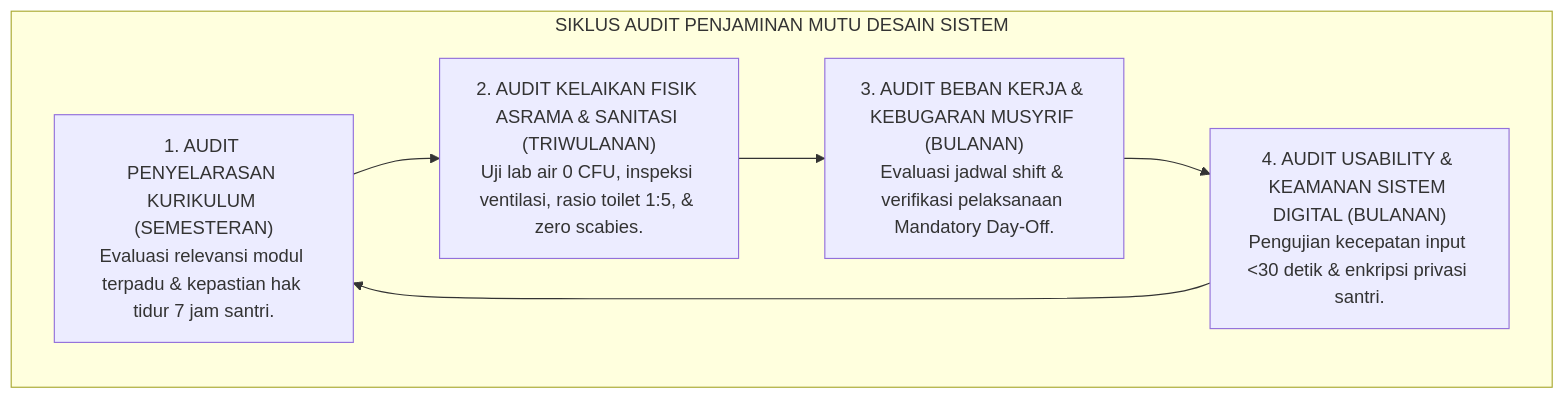
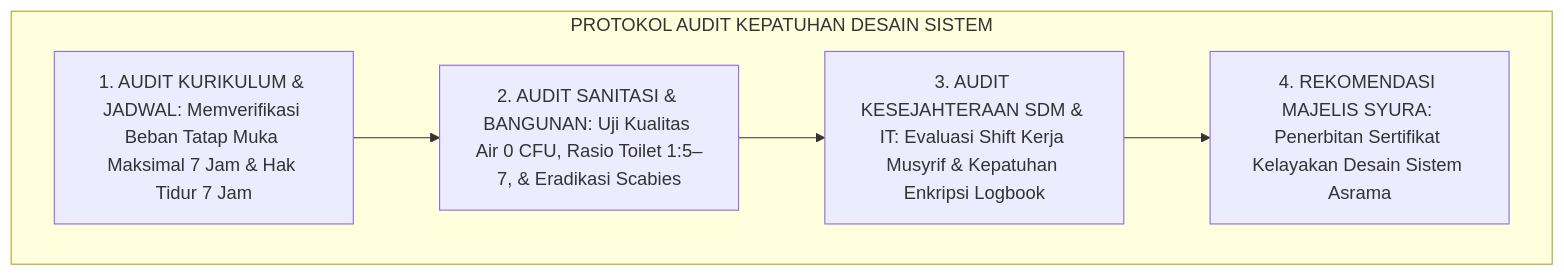
One commit to wandiapriliyandi/tumbuh changed the third of 3 diagrams in 02 Principles/02 Design Principles/P2-02-07-Sintesis-Design-Principles-TUMBUH.md. Above: the diagram before and after it, drawn with Mermaid. The commit also changed other lines of this file and 7 other files, not shown here.

````diff
--- a/02 Principles/02 Design Principles/P2-02-07-Sintesis-Design-Principles-TUMBUH.md
+++ b/02 Principles/02 Design Principles/P2-02-07-Sintesis-Design-Principles-TUMBUH.md
@@ -177,14 +163,9 @@
 ```mermaid
 flowchart TD
-    subgraph SiklusPenjaminanMutuDesain["SIKLUS AUDIT PENJAMINAN MUTU DESAIN SISTEM"]
-        AuditKurikulum["1. AUDIT PENYELARASAN KURIKULUM (SEMESTERAN)<br/>Evaluasi relevansi modul terpadu & kepastian hak tidur 7 jam santri."]
-        
-        AuditFisik["2. AUDIT KELAIKAN FISIK ASRAMA & SANITASI (TRIWULANAN)<br/>Uji lab air 0 CFU, inspeksi ventilasi, rasio toilet 1:5, & zero scabies."]
-        
-        AuditSDM["3. AUDIT BEBAN KERJA & KEBUGARAN MUSYRIF (BULANAN)<br/>Evaluasi jadwal shift & verifikasi pelaksanaan Mandatory Day-Off."]
-        
-        AuditIT["4. AUDIT USABILITY & KEAMANAN SISTEM DIGITAL (BULANAN)<br/>Pengujian kecepatan input <30 detik & enkripsi privasi santri."]
-        
-        AuditKurikulum --> AuditFisik --> AuditSDM --> AuditIT --> AuditKurikulum
+    subgraph ProtokolAuditDesainSistem["PROTOKOL AUDIT KEPATUHAN DESAIN SISTEM"]
+        AuditKurikulum["1. AUDIT KURIKULUM & JADWAL: Memverifikasi Beban Tatap Muka Maksimal 7 Jam & Hak Tidur 7 Jam"]
+        --> AuditFasilitas["2. AUDIT SANITASI & BANGUNAN: Uji Kualitas Air 0 CFU, Rasio Toilet 1:5–7, & Eradikasi Scabies"]
+        --> AuditSDMLogbook["3. AUDIT KESEJAHTERAAN SDM & IT: Evaluasi Shift Kerja Musyrif & Kepatuhan Enkripsi Logbook"]
+        --> RekomendasiSyura["4. REKOMENDASI MAJELIS SYURA: Penerbitan Sertifikat Kelayakan Desain Sistem Asrama"]
     end
 ```
````
